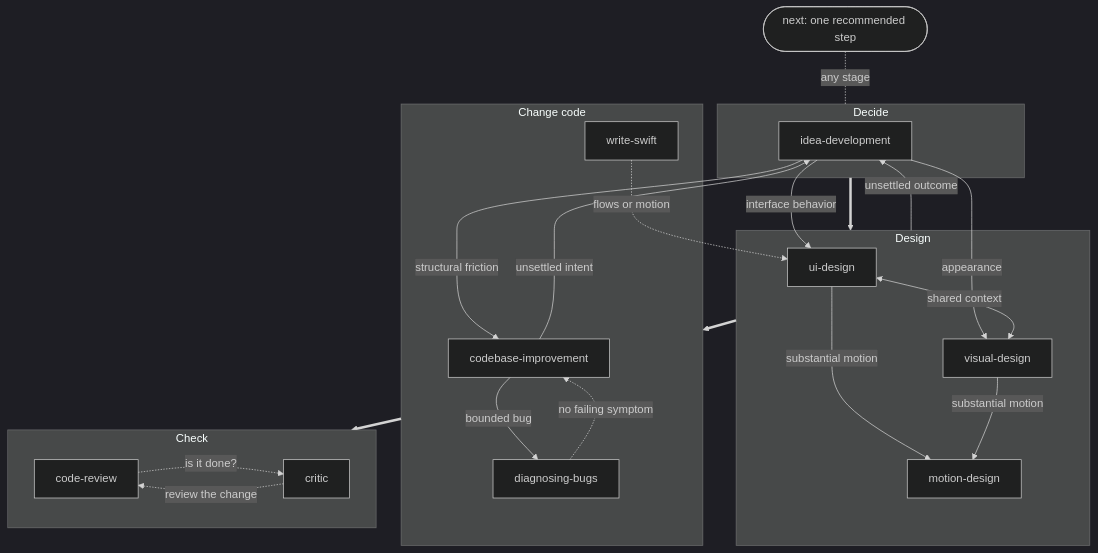
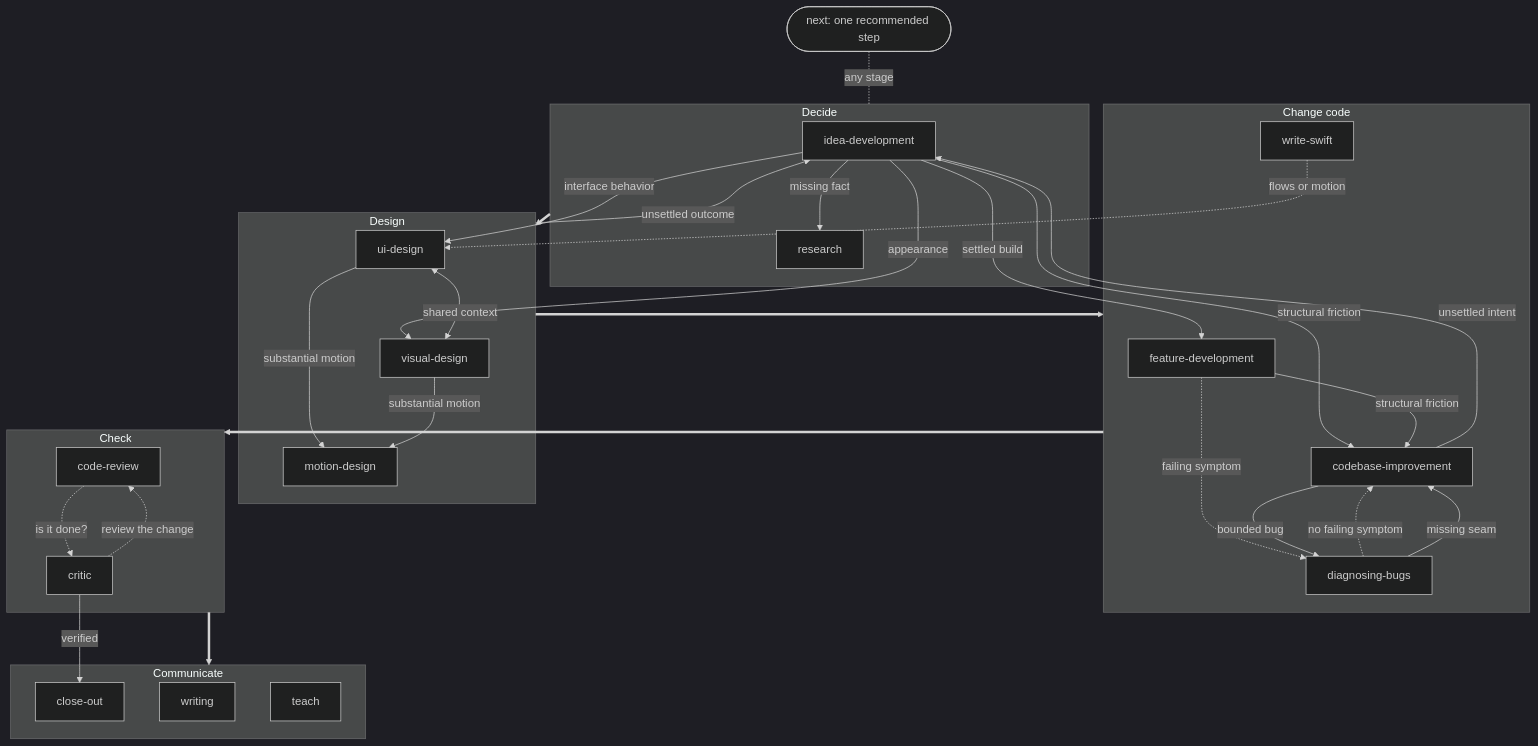
The diagram in README.md (sxnzs/skills), drawn with Mermaid (dark theme) before and after one commit. The commit also changed other lines of this file and 29 other files, not shown here.

````diff
--- a/README.md
+++ b/README.md
@@ -47,39 +53,52 @@
 ```mermaid
 flowchart TB
   next(["next: one recommended step"])
 
   subgraph decide [Decide]
     idea[idea-development]
+    research[research]
   end
   subgraph design [Design]
     ui[ui-design]
     visual[visual-design]
     motion[motion-design]
   end
   subgraph change [Change code]
+    feature[feature-development]
     improve[codebase-improvement]
     bugs[diagnosing-bugs]
     swift[write-swift]
   end
   subgraph check [Check]
     review[code-review]
     critic[critic]
   end
+  subgraph communicate [Communicate]
+    closeout[close-out]
+    writing[writing]
+    teach[teach]
+  end
 
   next -. any stage .- decide
-  decide ==> design ==> change ==> check
+  decide ==> design ==> change ==> check ==> communicate
 
+  idea -->|missing fact| research
   idea -->|appearance| visual
   idea -->|interface behavior| ui
+  idea -->|settled build| feature
   idea -->|structural friction| improve
   ui <-->|shared context| visual
   ui -->|substantial motion| motion
   visual -->|substantial motion| motion
   design -->|unsettled outcome| idea
+  feature -->|structural friction| improve
+  feature -. failing symptom .-> bugs
   improve -->|unsettled intent| idea
   improve -->|bounded bug| bugs
   bugs -. no failing symptom .-> improve
+  bugs -->|missing seam| improve
   swift -. flows or motion .-> ui
   review -. "is it done?" .-> critic
   critic -. "review the change" .-> review
+  critic -->|verified| closeout
 ```
````
